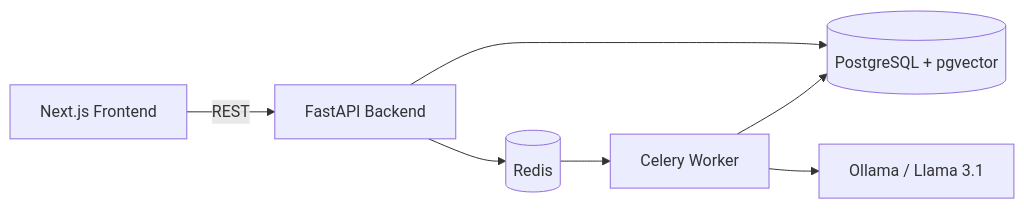
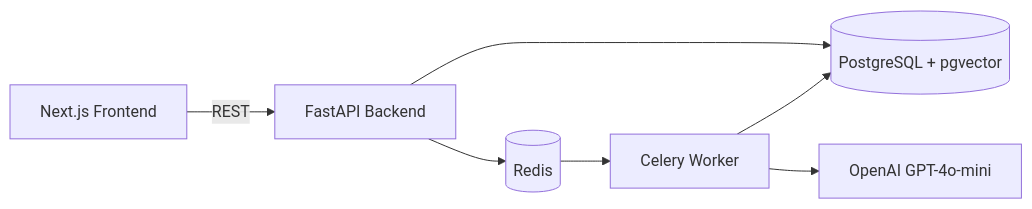
One commit to adewale-codes/Triax changed the diagram in README.md. Above: the diagram before and after it, drawn with Mermaid. The commit also changed other lines of this file and 8 other files, not shown here.

````diff
--- a/README.md
+++ b/README.md
@@ -25,9 +25,9 @@
 ```mermaid
 flowchart LR
     A[Next.js Frontend] -->|REST| B[FastAPI Backend]
     B --> C[(PostgreSQL + pgvector)]
     B --> D[(Redis)]
     D --> E[Celery Worker]
-    E --> F[Ollama / Llama 3.1]
+    E --> F[OpenAI GPT-4o-mini]
     E --> C
 ```
````
